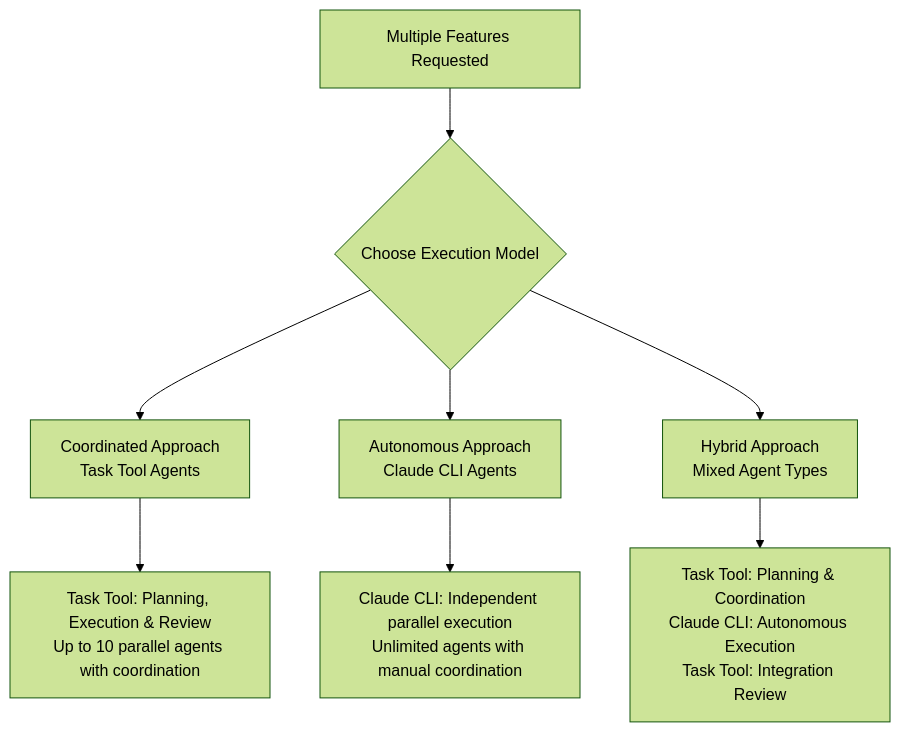
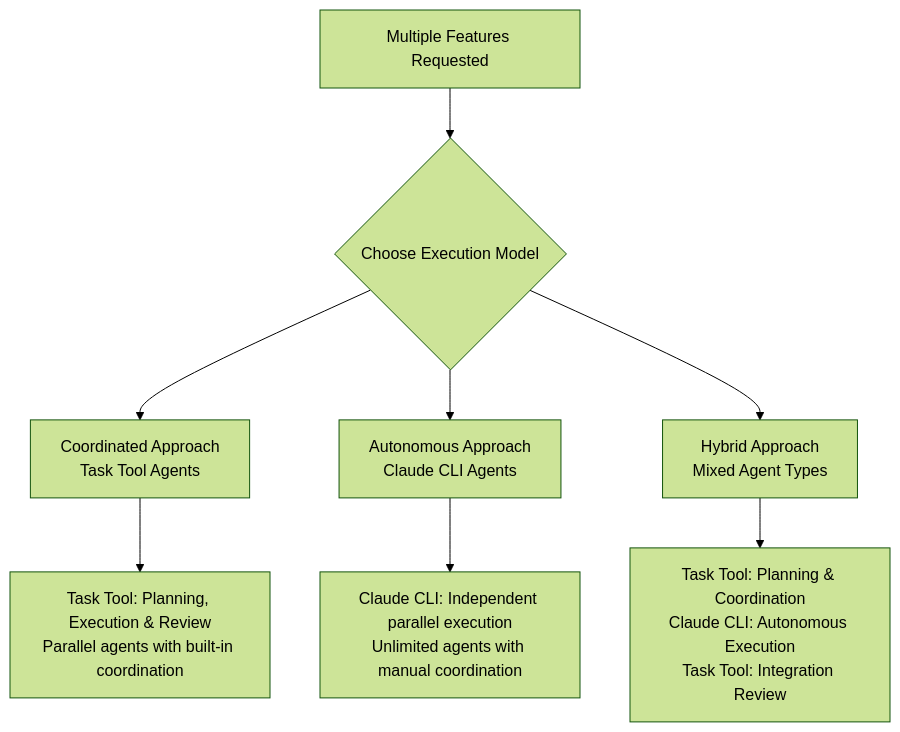
Before and after one commit to spiralhouse/cycletime: the diagram in docs/testing/parallel-development.md, drawn with Mermaid (forest theme). The commit also changed other lines of this file and 10 other files, not shown here.

````diff
--- a/docs/testing/parallel-development.md
+++ b/docs/testing/parallel-development.md
@@ -61,11 +61,11 @@
 ```mermaid
 flowchart TD
     A[Multiple Features Requested] --> B{Choose Execution Model}
     B --> C[Coordinated Approach<br/>Task Tool Agents]
     B --> D[Autonomous Approach<br/>Claude CLI Agents]
     B --> E[Hybrid Approach<br/>Mixed Agent Types]
 
-    C --> F[Task Tool: Planning, Execution & Review<br/>Up to 10 parallel agents with coordination]
+    C --> F[Task Tool: Planning, Execution & Review<br/>Parallel agents with built-in coordination]
     D --> G[Claude CLI: Independent parallel execution<br/>Unlimited agents with manual coordination]
     E --> H[Task Tool: Planning & Coordination<br/>Claude CLI: Autonomous Execution<br/>Task Tool: Integration Review]
 ```
````
